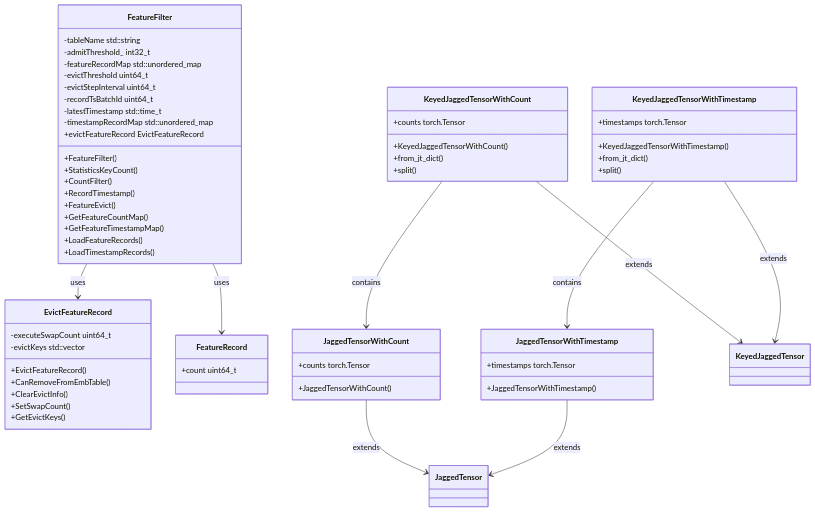
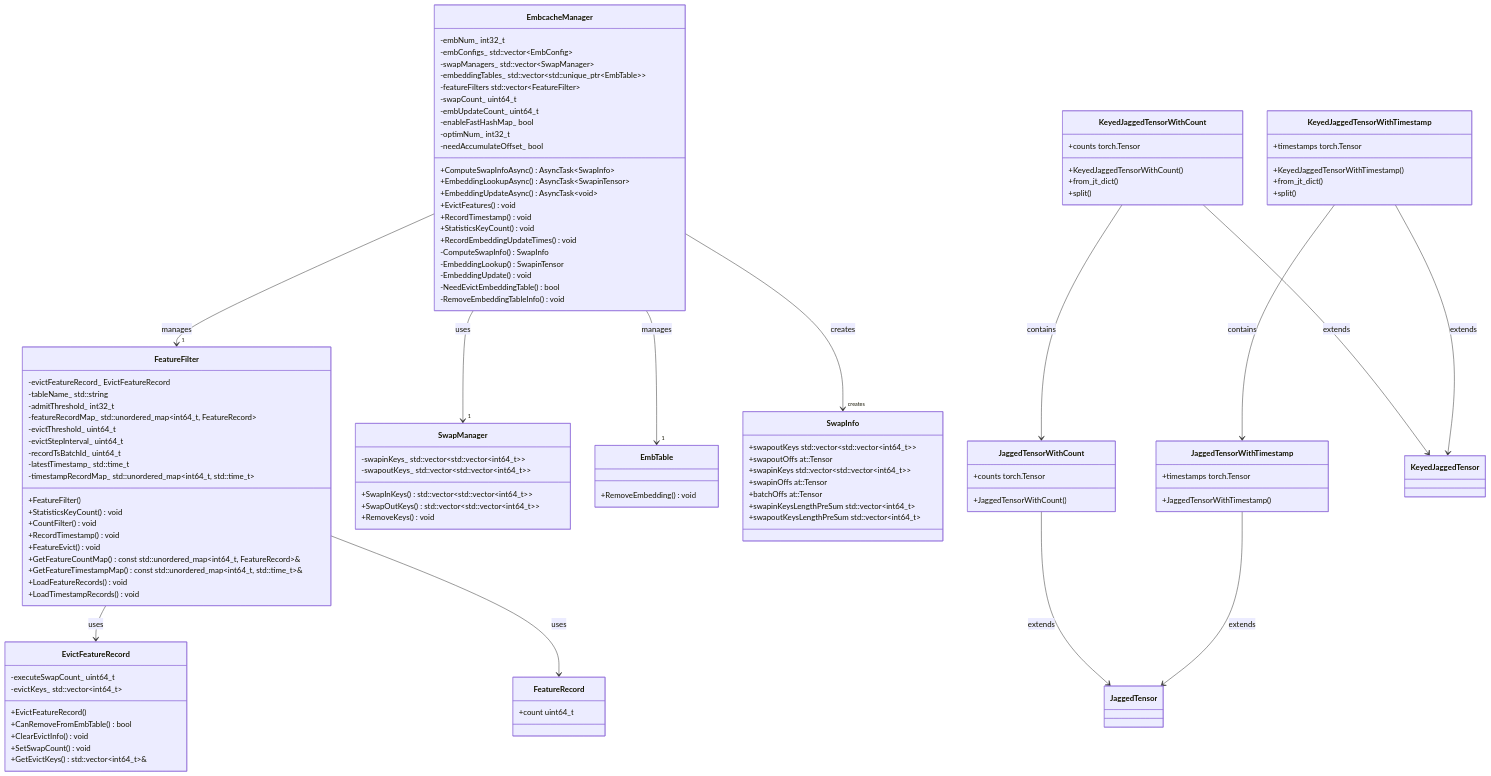
The first of 6 diagrams in feature_filter_complete_design.md (SimmerChan/RecSDK), drawn with Mermaid before and after one commit. The commit also changed other lines of this file, not shown here.

````diff
--- a/feature_filter_complete_design.md
+++ b/feature_filter_complete_design.md
@@ -94,40 +94,86 @@
 ```mermaid
 classDiagram
-    class EvictFeatureRecord {
-        +EvictFeatureRecord()
-        +CanRemoveFromEmbTable()
-        +ClearEvictInfo()
-        +SetSwapCount()
-        +GetEvictKeys()
-        -executeSwapCount uint64_t
-        -evictKeys std::vector<int64_t>
+    class EmbcacheManager {
+        -embNum_ int32_t
+        -embConfigs_ std::vector~EmbConfig~
+        -swapManagers_ std::vector~SwapManager~
+        -embeddingTables_ std::vector~std::unique_ptr~EmbTable~~
+        -featureFilters std::vector~FeatureFilter~
+        -swapCount_ uint64_t
+        -embUpdateCount_ uint64_t
+        -enableFastHashMap_ bool
+        -optimNum_ int32_t
+        -needAccumulateOffset_ bool
+        +ComputeSwapInfoAsync() AsyncTask~SwapInfo~
+        +EmbeddingLookupAsync() AsyncTask~SwapinTensor~
+        +EmbeddingUpdateAsync() AsyncTask~void~
+        +EvictFeatures() void
+        +RecordTimestamp() void
+        +StatisticsKeyCount() void
+        +RecordEmbeddingUpdateTimes() void
+        -ComputeSwapInfo() SwapInfo
+        -EmbeddingLookup() SwapinTensor
+        -EmbeddingUpdate() void
+        -NeedEvictEmbeddingTable() bool
+        -RemoveEmbeddingTableInfo() void
     }
     
     class FeatureFilter {
-        +FeatureFilter()
-        +StatisticsKeyCount()
-        +CountFilter()
-        +RecordTimestamp()
-        +FeatureEvict()
-        +GetFeatureCountMap()
-        +GetFeatureTimestampMap()
-        +LoadFeatureRecords()
-        +LoadTimestampRecords()
-        -tableName std::string
+        -evictFeatureRecord_ EvictFeatureRecord
+        -tableName_ std::string
         -admitThreshold_ int32_t
-        -featureRecordMap std::unordered_map<int64_t, FeatureRecord>
-        -evictThreshold uint64_t
-        -evictStepInterval uint64_t
-        -recordTsBatchId uint64_t
-        -latestTimestamp std::time_t
-        -timestampRecordMap std::unordered_map<int64_t, std::time_t>
-        +evictFeatureRecord EvictFeatureRecord
+        -featureRecordMap_ std::unordered_map~int64_t, FeatureRecord~
+        -evictThreshold_ uint64_t
+        -evictStepInterval_ uint64_t
+        -recordTsBatchId_ uint64_t
+        -latestTimestamp_ std::time_t
+        -timestampRecordMap_ std::unordered_map~int64_t, std::time_t~
+        +FeatureFilter() 
+        +StatisticsKeyCount() void
+        +CountFilter() void
+        +RecordTimestamp() void
+        +FeatureEvict() void
+        +GetFeatureCountMap() const std::unordered_map~int64_t, FeatureRecord~&
+        +GetFeatureTimestampMap() const std::unordered_map~int64_t, std::time_t~&
+        +LoadFeatureRecords() void
+        +LoadTimestampRecords() void
+    }
+    
+    class EvictFeatureRecord {
+        -executeSwapCount_ uint64_t
+        -evictKeys_ std::vector~int64_t~
+        +EvictFeatureRecord()
+        +CanRemoveFromEmbTable() bool
+        +ClearEvictInfo() void
+        +SetSwapCount() void
+        +GetEvictKeys() std::vector~int64_t~&
     }
     
     class FeatureRecord {
         +count uint64_t
     }
     
+    class SwapManager {
+        -swapinKeys_ std::vector~std::vector~int64_t~~
+        -swapoutKeys_ std::vector~std::vector~int64_t~~
+        +SwapInKeys() std::vector~std::vector~int64_t~~
+        +SwapOutKeys() std::vector~std::vector~int64_t~~
+        +RemoveKeys() void
+    }
+    
+    class EmbTable {
+        +RemoveEmbedding() void
+    }
+    
+    class SwapInfo {
+        +swapoutKeys std::vector~std::vector~int64_t~~
+        +swapoutOffs at::Tensor
+        +swapinKeys std::vector~std::vector~int64_t~~
+        +swapinOffs at::Tensor
+        +batchOffs at::Tensor
+        +swapinKeysLengthPreSum std::vector~int64_t~
+        +swapoutKeysLengthPreSum std::vector~int64_t~
+    }
     class JaggedTensorWithCount {
         +JaggedTensorWithCount()
         +counts torch.Tensor
@@ -160,4 +206,8 @@
     KeyedJaggedTensorWithTimestamp --> JaggedTensorWithTimestamp : contains
     KeyedJaggedTensorWithTimestamp --> KeyedJaggedTensor : extends
     JaggedTensorWithTimestamp --> JaggedTensor : extends
+    EmbcacheManager --> "1" FeatureFilter : manages
+    EmbcacheManager --> "1" SwapManager : uses
+    EmbcacheManager --> "1" EmbTable : manages
+    EmbcacheManager --> "creates" SwapInfo : creates
 ```
````
